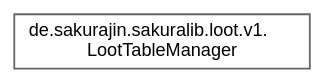
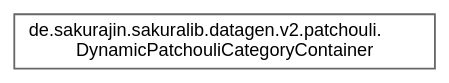
One commit to noah1510/sakura-lib changed the diagram in inherit_graph_20.dot. Above: the diagram before and after it, drawn with Graphviz. The commit also changed 187 other files, not shown here.

```diff
--- a/inherit_graph_20.dot
+++ b/inherit_graph_20.dot
@@ -1,9 +1,9 @@
 digraph "Graphical Class Hierarchy"
 {
  // LATEX_PDF_SIZE
   bgcolor="transparent";
   edge [fontname=Helvetica,fontsize=10,labelfontname=Helvetica,labelfontsize=10];
   node [fontname=Helvetica,fontsize=10,shape=box,height=0.2,width=0.4];
   rankdir="LR";
-  Node0 [label="de.sakurajin.sakuralib.loot.v1.\lLootTableManager",height=0.2,width=0.4,color="grey40", fillcolor="white", style="filled",URL="$classde_1_1sakurajin_1_1sakuralib_1_1loot_1_1v1_1_1LootTableManager.html",tooltip="This class is used to inject data into loot tables."];
+  Node0 [label="de.sakurajin.sakuralib.datagen.v2.patchouli.\lDynamicPatchouliCategoryContainer",height=0.2,width=0.4,color="grey40", fillcolor="white", style="filled",URL="$classde_1_1sakurajin_1_1sakuralib_1_1datagen_1_1v2_1_1patchouli_1_1DynamicPatchouliCategoryContainer.html",tooltip="This class contains all data of a dynamic patchouli category."];
 }
```
